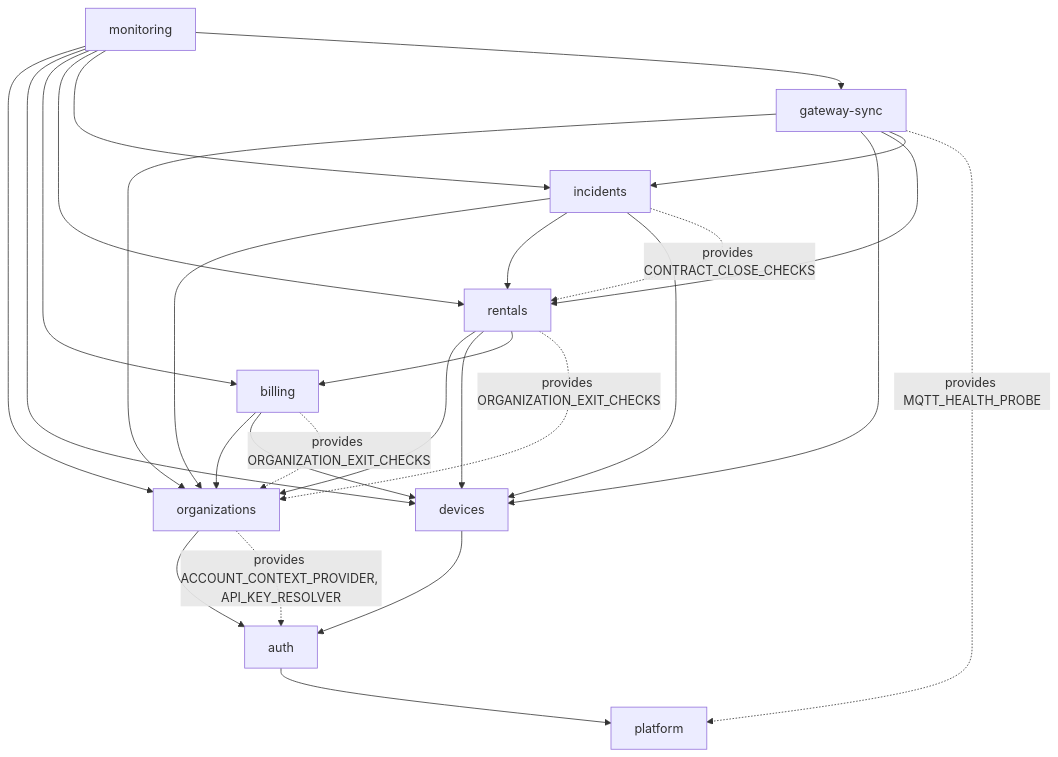
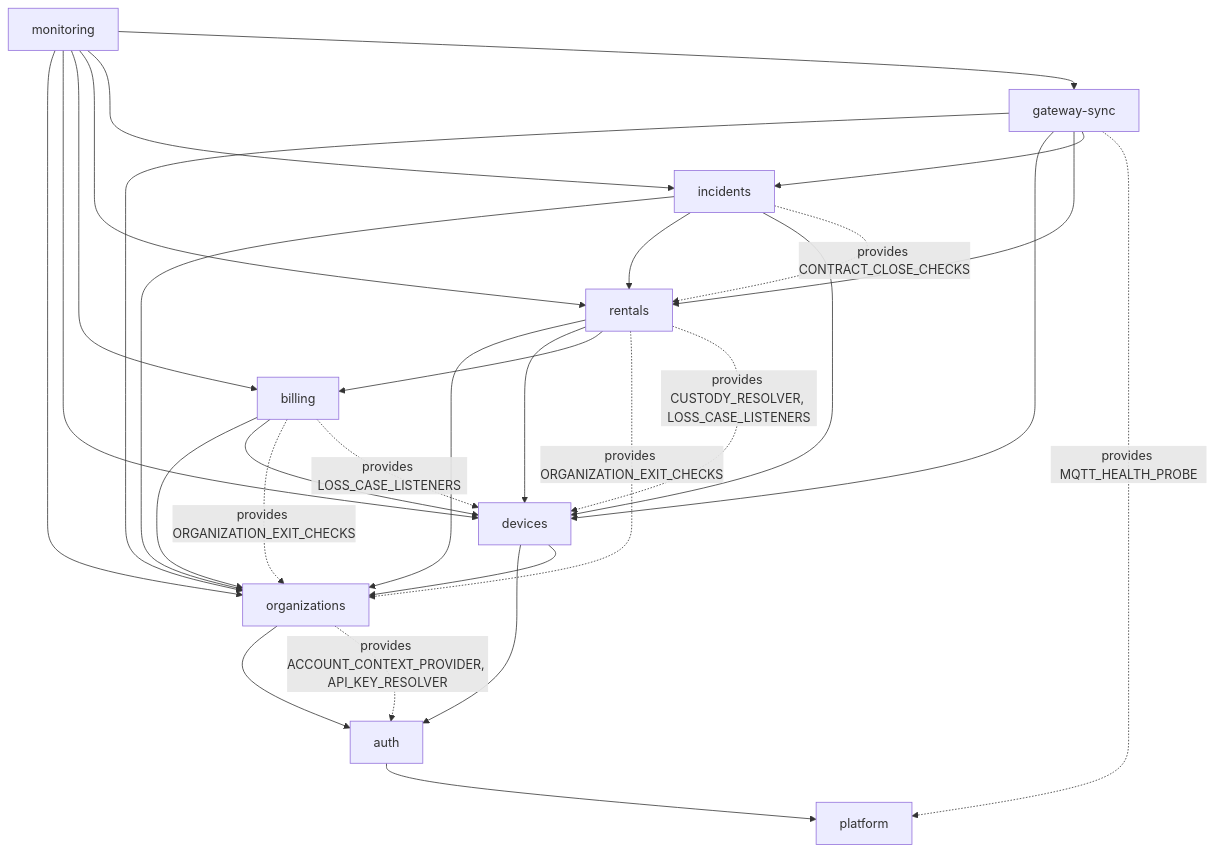
The third of 7 diagrams in specs/platform/design.md (TrekLink-Team/treklink-web), drawn with Mermaid before and after one commit. The commit also changed other lines of this file and 39 other files, not shown here.

````diff
--- a/specs/platform/design.md
+++ b/specs/platform/design.md
@@ -107,38 +107,41 @@
 ```mermaid
 flowchart TB
     PLT["platform"]
     AUTH["auth"]
     ORG["organizations"]
     DEVS["devices"]
     BILL["billing"]
     RENT["rentals"]
     INC["incidents"]
     GWS["gateway-sync"]
     MON["monitoring"]
     AUTH --> PLT
     ORG --> AUTH
     DEVS --> AUTH
+    DEVS --> ORG
     BILL --> ORG
     BILL --> DEVS
     RENT --> ORG
     RENT --> DEVS
     RENT --> BILL
     INC --> ORG
     INC --> RENT
     INC --> DEVS
     GWS --> ORG
     GWS --> DEVS
     GWS --> RENT
     GWS --> INC
     MON --> ORG
     MON --> DEVS
     MON --> BILL
     MON --> RENT
     MON --> INC
     MON --> GWS
     ORG -.->|"provides ACCOUNT_CONTEXT_PROVIDER, API_KEY_RESOLVER"| AUTH
     BILL -.->|"provides ORGANIZATION_EXIT_CHECKS"| ORG
     RENT -.->|"provides ORGANIZATION_EXIT_CHECKS"| ORG
     INC -.->|"provides CONTRACT_CLOSE_CHECKS"| RENT
+    RENT -.->|"provides CUSTODY_RESOLVER, LOSS_CASE_LISTENERS"| DEVS
+    BILL -.->|"provides LOSS_CASE_LISTENERS"| DEVS
     GWS -.->|"provides MQTT_HEALTH_PROBE"| PLT
 ```
````
